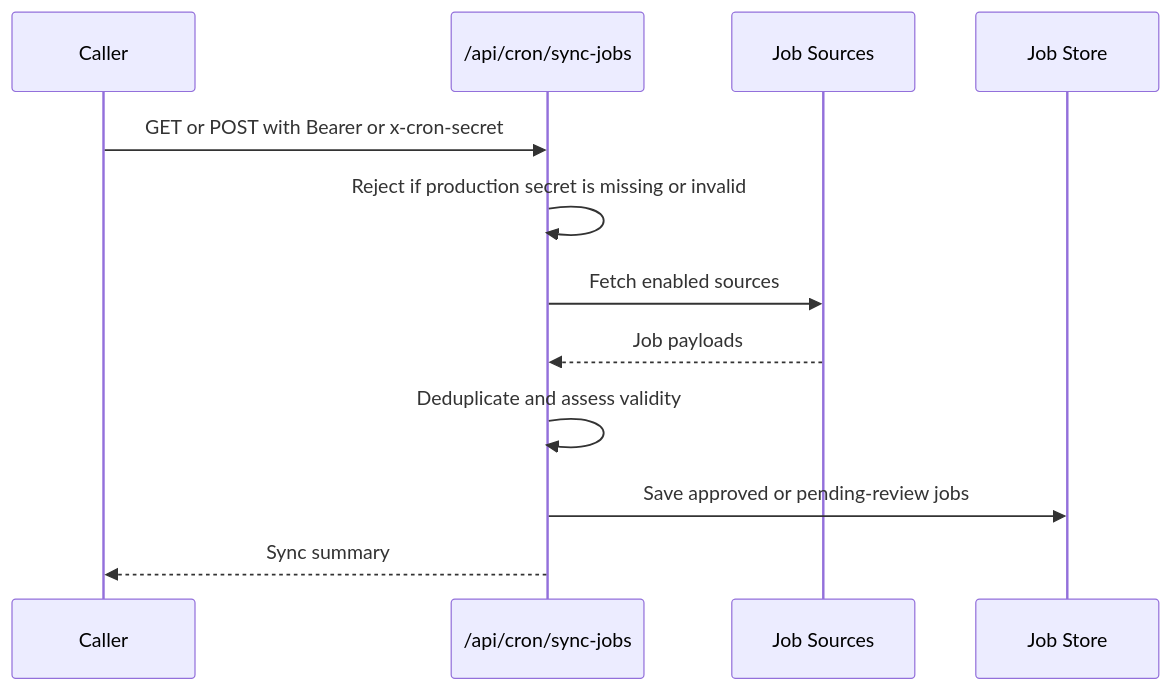
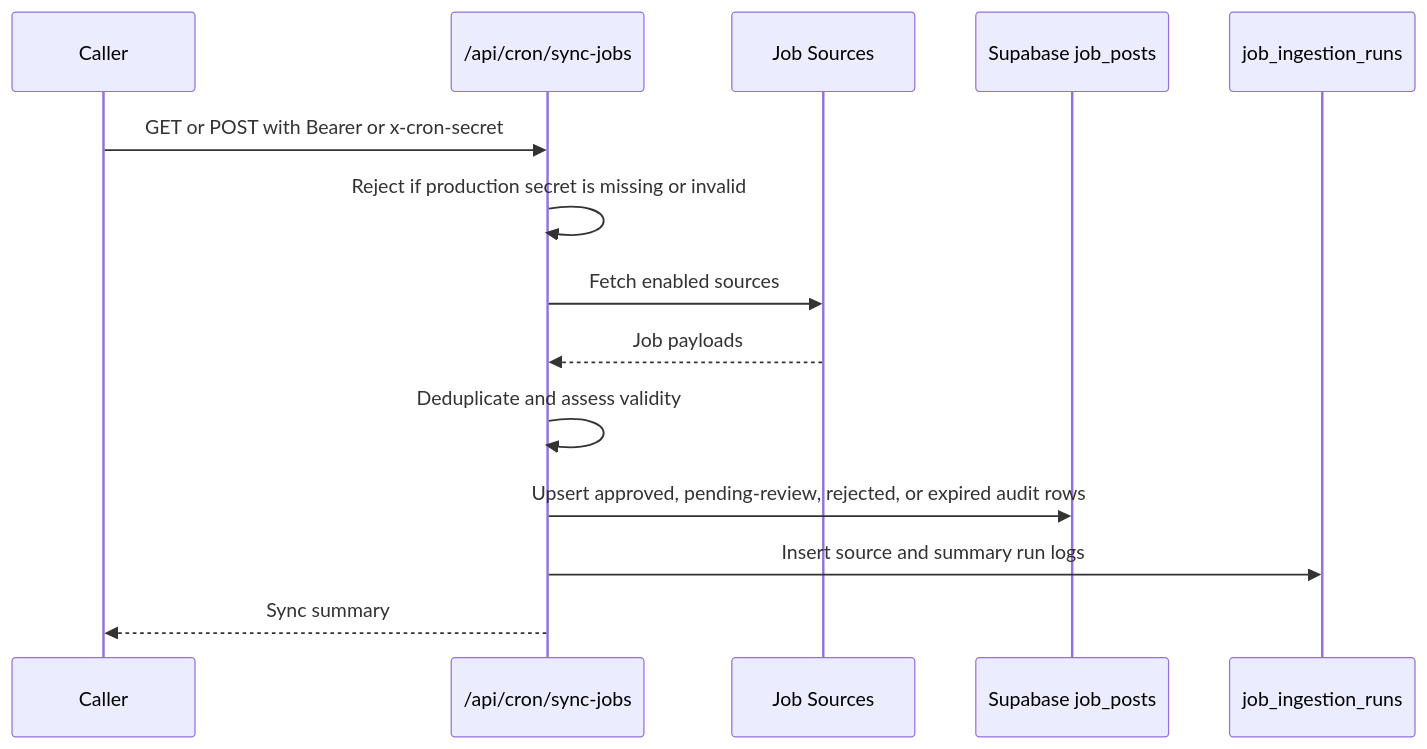
The fourth of 6 diagrams in docs/flow-overview.md (Sutannn13/Skill-Path-AI), drawn with Mermaid before and after one commit. The commit also changed other lines of this file and 19 other files, not shown here.

````diff
--- a/docs/flow-overview.md
+++ b/docs/flow-overview.md
@@ -43,15 +43,17 @@
 ```mermaid
 sequenceDiagram
   participant Caller
   participant API as /api/cron/sync-jobs
   participant Sources as Job Sources
-  participant Store as Job Store
+  participant Store as Supabase job_posts
+  participant Runs as job_ingestion_runs
 
   Caller->>API: GET or POST with Bearer or x-cron-secret
   API->>API: Reject if production secret is missing or invalid
   API->>Sources: Fetch enabled sources
   Sources-->>API: Job payloads
   API->>API: Deduplicate and assess validity
-  API->>Store: Save approved or pending-review jobs
+  API->>Store: Upsert approved, pending-review, rejected, or expired audit rows
+  API->>Runs: Insert source and summary run logs
   API-->>Caller: Sync summary
 ```
````
